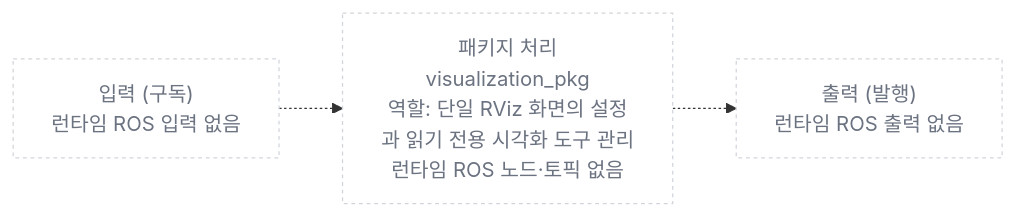
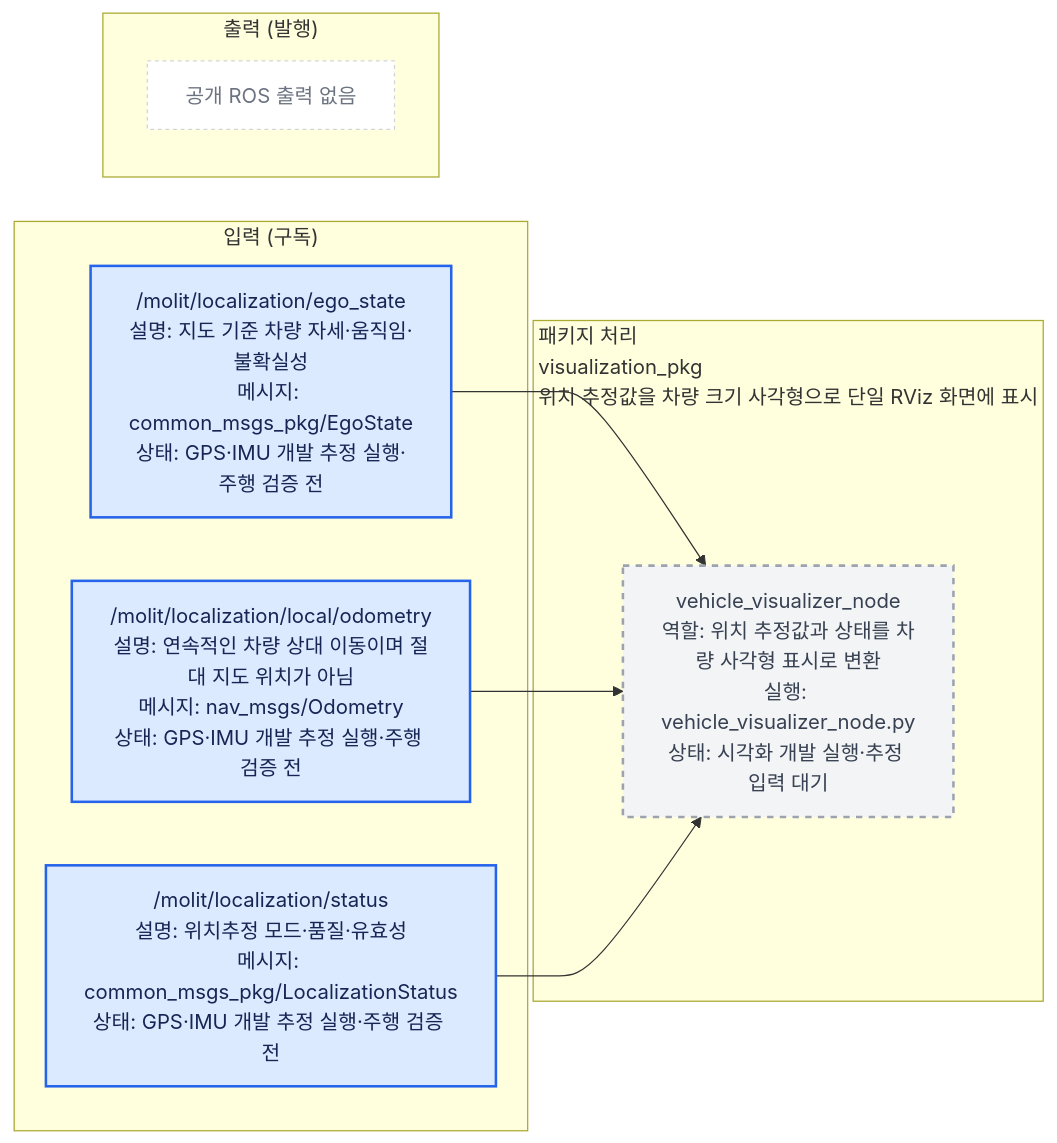
The diagram in src/visualization_pkg/docs/interface_io.mmd (Team-Stier/Morai_Sim_team2), drawn with Mermaid before and after one commit. The commit also changed 108 other files, not shown here.

```diff
--- a/src/visualization_pkg/docs/interface_io.mmd
+++ b/src/visualization_pkg/docs/interface_io.mmd
@@ -1,15 +1,31 @@
 %% AUTO-GENERATED by ros_architecture_pkg/scripts/generate_interface_diagrams.py. DO NOT EDIT.
 %% Source of truth: ros_architecture_pkg/config/interface_contract.yaml
 flowchart LR
     classDef liveNode fill:#dcfce7,color:#14532d,stroke:#16a34a,stroke-width:2px;
     classDef reservedNode fill:#f3f4f6,color:#374151,stroke:#9ca3af,stroke-width:2px,stroke-dasharray: 5 5;
     classDef liveTopic fill:#dbeafe,color:#172554,stroke:#2563eb,stroke-width:2px;
     classDef reservedTopic fill:#fff7ed,color:#7c2d12,stroke:#f97316,stroke-width:2px,stroke-dasharray: 5 5;
     classDef emptyPort fill:#ffffff,color:#6b7280,stroke:#d1d5db,stroke-dasharray: 3 3;
     classDef externalEndpoint fill:#f3e8ff,color:#581c87,stroke:#9333ea,stroke-width:3px;
 
-    no_inputs["입력 (구독)<br/>런타임 ROS 입력 없음"]
-    package["패키지 처리<br/>visualization_pkg<br/>역할: 단일 RViz 화면의 설정과 읽기 전용 시각화 도구 관리<br/>런타임 ROS 노드·토픽 없음"]
-    no_outputs["출력 (발행)<br/>런타임 ROS 출력 없음"]
-    no_inputs -.-> package -.-> no_outputs
-    class no_inputs,package,no_outputs emptyPort;
+    subgraph INPUTS["입력 (구독)"]
+        input_000["/molit/localization/ego_state<br/>설명: 지도 기준 차량 자세·움직임·불확실성<br/>메시지: common_msgs_pkg/EgoState<br/>상태: GPS·IMU 개발 추정 실행·주행 검증 전"]
+        input_001["/molit/localization/local/odometry<br/>설명: 연속적인 차량 상대 이동이며 절대 지도 위치가 아님<br/>메시지: nav_msgs/Odometry<br/>상태: GPS·IMU 개발 추정 실행·주행 검증 전"]
+        input_002["/molit/localization/status<br/>설명: 위치추정 모드·품질·유효성<br/>메시지: common_msgs_pkg/LocalizationStatus<br/>상태: GPS·IMU 개발 추정 실행·주행 검증 전"]
+    end
+    subgraph PACKAGE["패키지 처리<br/>visualization_pkg<br/>위치 추정값을 차량 크기 사각형으로 단일 RViz 화면에 표시"]
+        local_node_000["vehicle_visualizer_node<br/>역할: 위치 추정값과 상태를 차량 사각형 표시로 변환<br/>실행: vehicle_visualizer_node.py<br/>상태: 시각화 개발 실행·추정 입력 대기"]
+    end
+    subgraph OUTPUTS["출력 (발행)"]
+        no_outputs["공개 ROS 출력 없음"]
+        class no_outputs emptyPort;
+    end
+
+    input_000 --> local_node_000
+    input_001 --> local_node_000
+    input_002 --> local_node_000
+
+    class local_node_000 reservedNode;
+    class input_000 liveTopic;
+    class input_001 liveTopic;
+    class input_002 liveTopic;
```
